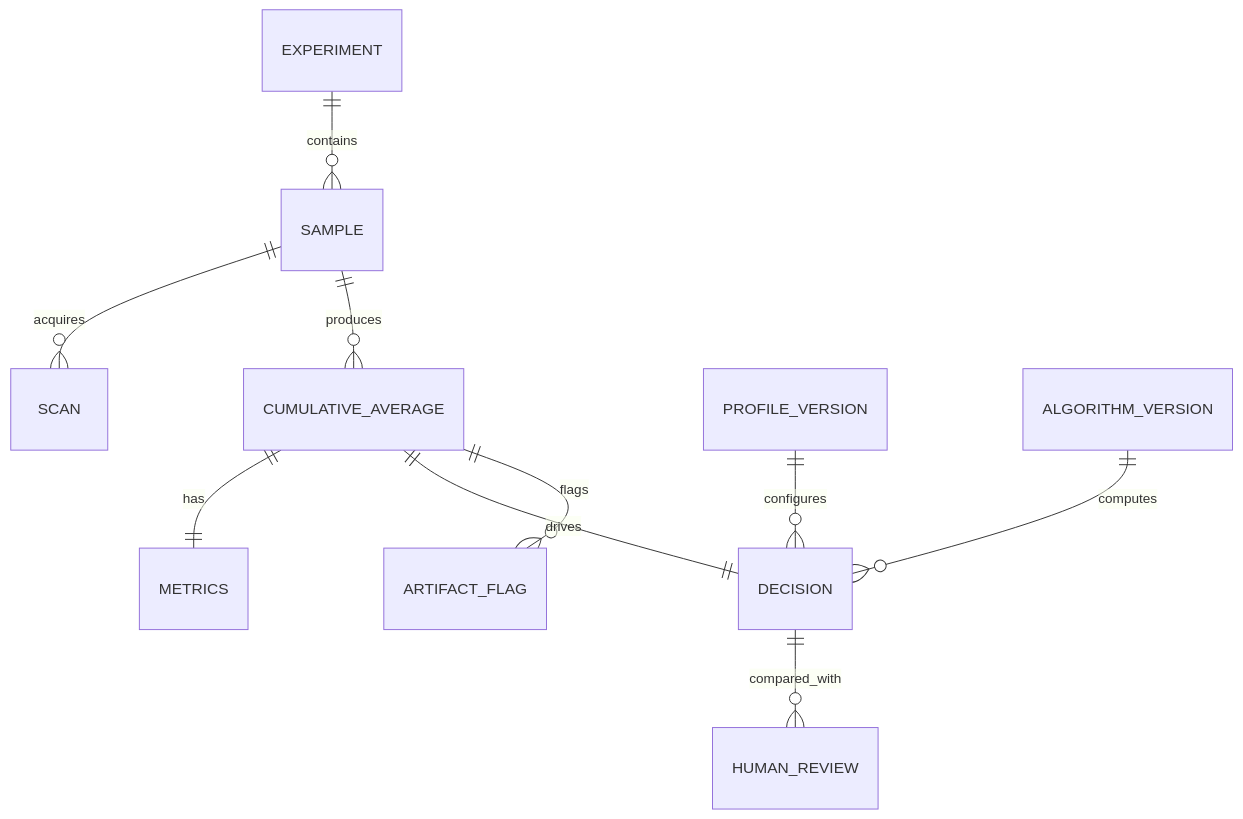
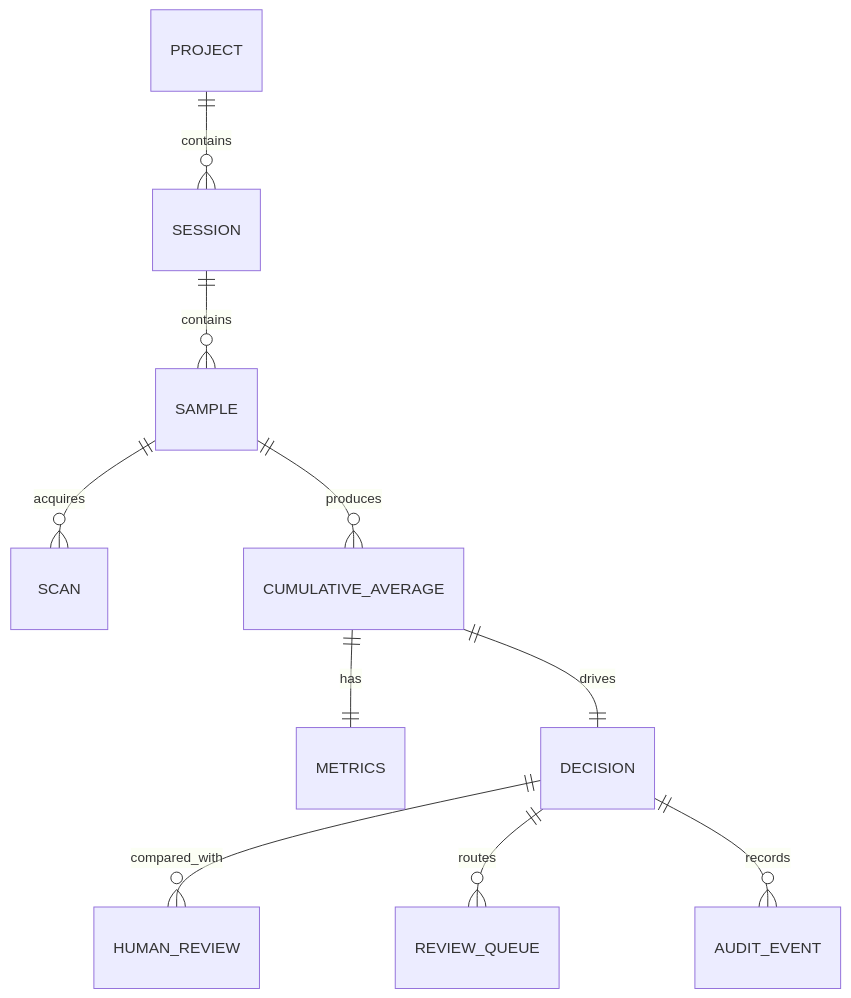
One commit to gchunhao/Real-time-xas-beamtime-decision changed the third of 3 diagrams in docs/architecture.md. Above: the diagram before and after it, drawn with Mermaid. The commit also changed other lines of this file and 45 other files, not shown here.

````diff
--- a/docs/architecture.md
+++ b/docs/architecture.md
@@ -52,12 +52,12 @@
 ```mermaid
 erDiagram
-    EXPERIMENT ||--o{ SAMPLE : contains
+    PROJECT ||--o{ SESSION : contains
+    SESSION ||--o{ SAMPLE : contains
     SAMPLE ||--o{ SCAN : acquires
     SAMPLE ||--o{ CUMULATIVE_AVERAGE : produces
     CUMULATIVE_AVERAGE ||--|| METRICS : has
     CUMULATIVE_AVERAGE ||--|| DECISION : drives
-    CUMULATIVE_AVERAGE ||--o{ ARTIFACT_FLAG : flags
-    PROFILE_VERSION ||--o{ DECISION : configures
-    ALGORITHM_VERSION ||--o{ DECISION : computes
     DECISION ||--o{ HUMAN_REVIEW : compared_with
+    DECISION ||--o{ REVIEW_QUEUE : routes
+    DECISION ||--o{ AUDIT_EVENT : records
 ```
````
